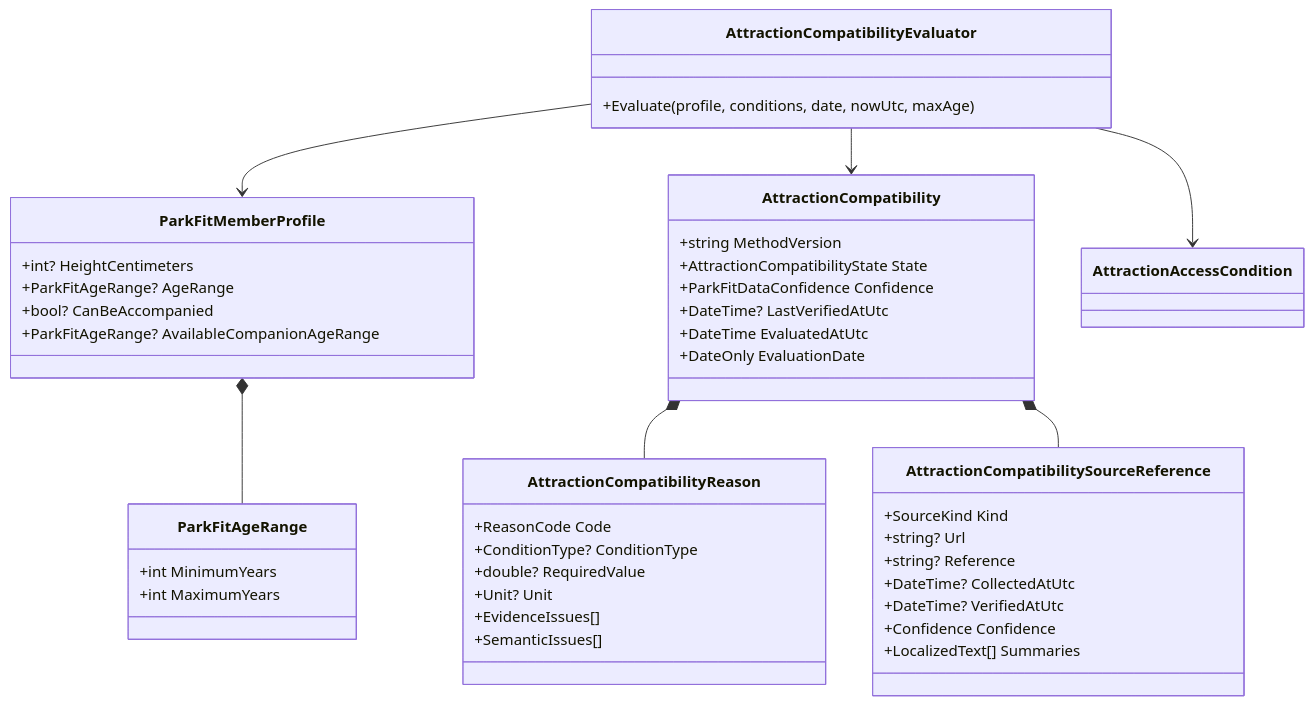
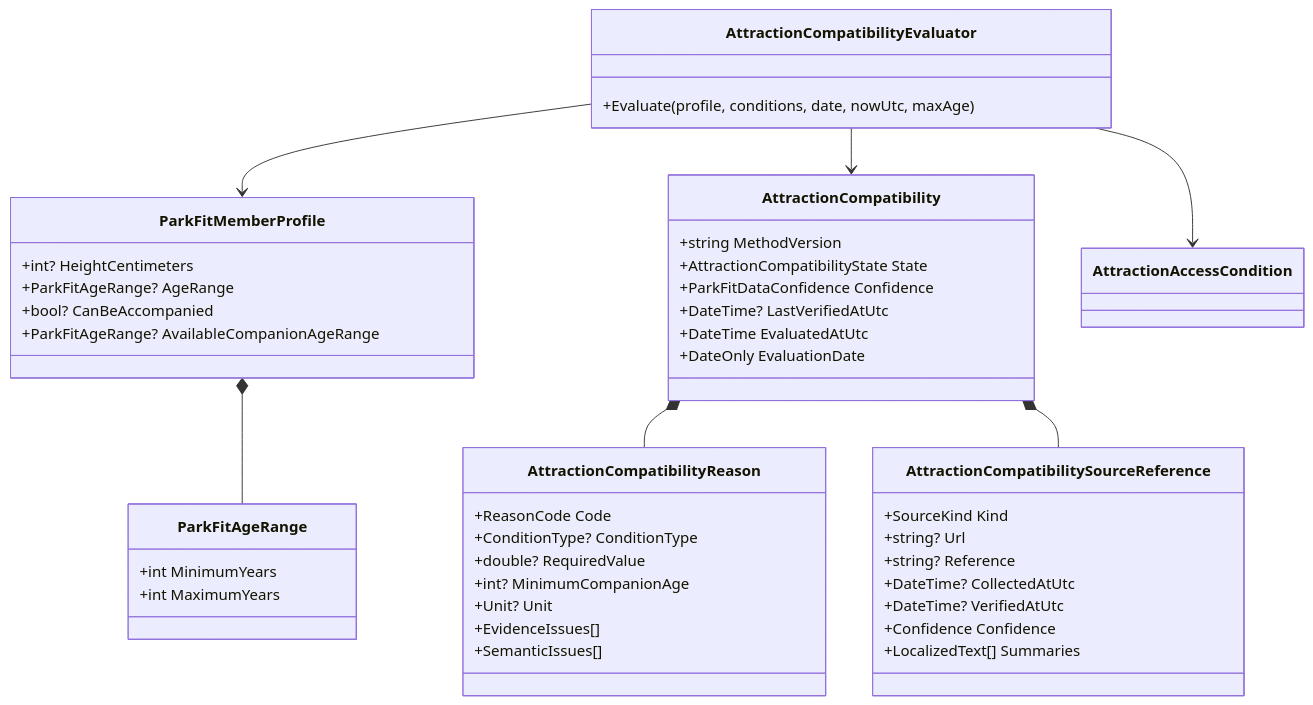
Before and after one commit to Ced59/AmusementParkProject: the second of 3 diagrams in docs/architecture/product-growth-fit-04-individual-compatibility-2026-09-14.md, drawn with Mermaid. The commit also changed other lines of this file and 5 other files, not shown here.

````diff
--- a/docs/architecture/product-growth-fit-04-individual-compatibility-2026-09-14.md
+++ b/docs/architecture/product-growth-fit-04-individual-compatibility-2026-09-14.md
@@ -134,49 +135,50 @@
 ```mermaid
 classDiagram
     class ParkFitMemberProfile {
         +int? HeightCentimeters
         +ParkFitAgeRange? AgeRange
         +bool? CanBeAccompanied
         +ParkFitAgeRange? AvailableCompanionAgeRange
     }
     class ParkFitAgeRange {
         +int MinimumYears
         +int MaximumYears
     }
     class AttractionCompatibilityEvaluator {
         +Evaluate(profile, conditions, date, nowUtc, maxAge)
     }
     class AttractionCompatibility {
         +string MethodVersion
         +AttractionCompatibilityState State
         +ParkFitDataConfidence Confidence
         +DateTime? LastVerifiedAtUtc
         +DateTime EvaluatedAtUtc
         +DateOnly EvaluationDate
     }
     class AttractionCompatibilityReason {
         +ReasonCode Code
         +ConditionType? ConditionType
         +double? RequiredValue
+        +int? MinimumCompanionAge
         +Unit? Unit
         +EvidenceIssues[]
         +SemanticIssues[]
     }
     class AttractionCompatibilitySourceReference {
         +SourceKind Kind
         +string? Url
         +string? Reference
         +DateTime? CollectedAtUtc
         +DateTime? VerifiedAtUtc
         +Confidence Confidence
         +LocalizedText[] Summaries
     }
     class AttractionAccessCondition
 
     ParkFitMemberProfile *-- ParkFitAgeRange
     AttractionCompatibilityEvaluator --> ParkFitMemberProfile
     AttractionCompatibilityEvaluator --> AttractionAccessCondition
     AttractionCompatibilityEvaluator --> AttractionCompatibility
     AttractionCompatibility *-- AttractionCompatibilityReason
     AttractionCompatibility *-- AttractionCompatibilitySourceReference
 ```
````
